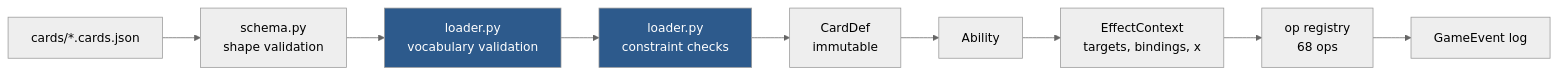
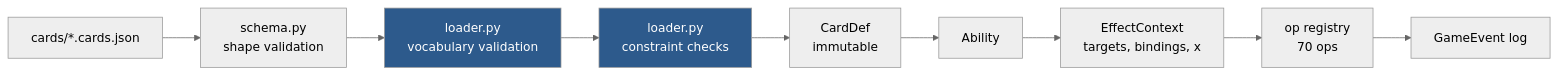
Before and after one commit to TylerGauntlett/commander-blitz: the diagram in docs/card-dsl.md, drawn with Mermaid (neutral theme). The commit also changed other lines of this file and 6 other files, not shown here.

````diff
--- a/docs/card-dsl.md
+++ b/docs/card-dsl.md
@@ -6,14 +6,14 @@
 ```mermaid
 flowchart LR
     json["cards/*.cards.json"] --> pydantic["schema.py<br/>shape validation"]
     pydantic --> vocab["loader.py<br/>vocabulary validation"]
     vocab --> constraints["loader.py<br/>constraint checks"]
     constraints --> carddef["CardDef<br/>immutable"]
     carddef --> ability["Ability"]
     ability --> ctx["EffectContext<br/>targets, bindings, x"]
-    ctx --> ops["op registry<br/>68 ops"]
+    ctx --> ops["op registry<br/>70 ops"]
     ops --> events["GameEvent log"]
 
     style vocab fill:#2d5a8c,color:#fff
     style constraints fill:#2d5a8c,color:#fff
 ```
````
